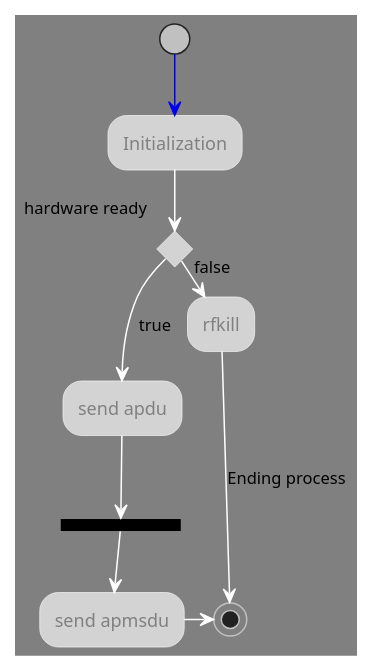
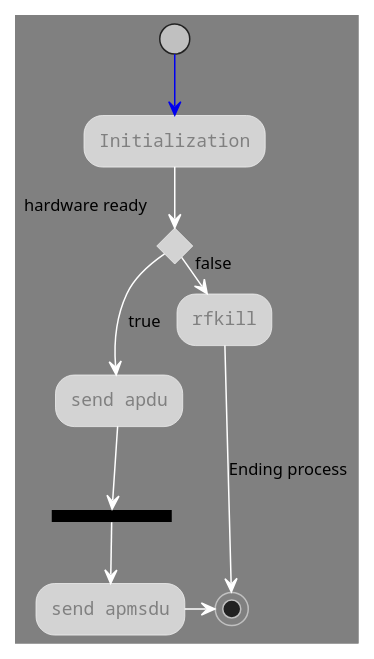
Before and after one commit to raosiyong/mddoc: the fifth of 8 diagrams in learnmd.md, drawn with PlantUML. The commit also changed other lines of this file and 26 other files, not shown here.

Commit message:
mac80211 init sequence and class chart V00:01.02

````diff
--- a/learnmd.md
+++ b/learnmd.md
@@ -153,33 +360,33 @@
 ```plantuml
 @startuml
 ' comment
 skinparam backgroundColor #808080
 skinparam fontColor grey
 skinparam activity {
   'FontColor DeepSkyBlue
   'FontSize 17
   ArrowColor light
   FontColor grey
   StartColor Silver
   EndColor Silver
   BarColor Black  
   BackgroundColor lightGray
   'BackgroundColor<< Begin >> Red
   BorderColor #f0f0f0
-  FontName Impact
+  FontName Courier
 }
 
 (*) -[#0000f0]-> "Initialization"
 
 if "hardware ready" then
   -->[true] "send apdu"
   -->=== S1 ===
   --> "send apmsdu"
   -right-> (*)
 else
   ->[false] "rfkill"
   -->[Ending process] (*)
 endif
 
 @enduml
 ```
````
